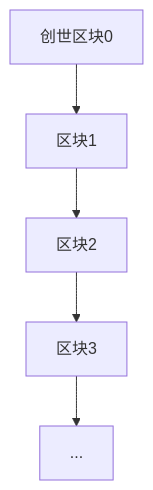
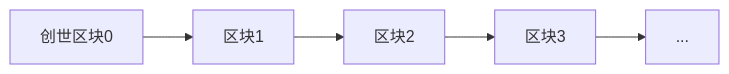
One commit to xiaomaolvmeimao/xiaomaolvmeimao.github.io changed the first of 2 diagrams in _posts/2025-06-22-一文读懂Bitcoin：数字货币的革命性创新.md. Above: the diagram before and after it, drawn with Mermaid. The commit also changed other lines of this file, not shown here.

Commit message:
Update 2025-06-22-一文读懂Bitcoin：数字货币的革命性创新.md
flow chart

```diff
--- a/_posts/2025-06-22-一文读懂Bitcoin：数字货币的革命性创新.md
+++ b/_posts/2025-06-22-一文读懂Bitcoin：数字货币的革命性创新.md
@@ -113,7 +113,7 @@
 <div class="mermaid">
-graph TD
+graph LR
     A[创世区块0] --> B[区块1]
     B --> C[区块2]
     C --> D[区块3]
     D --> E[...]
 </div>
```
